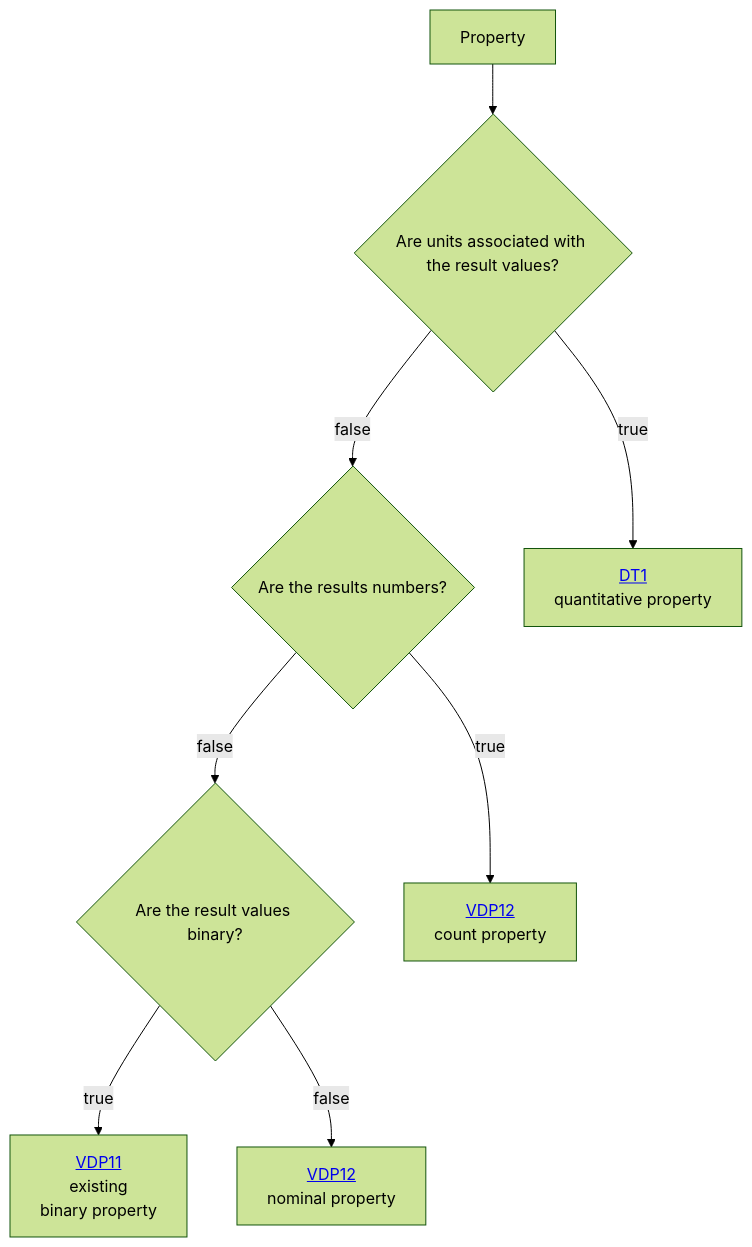
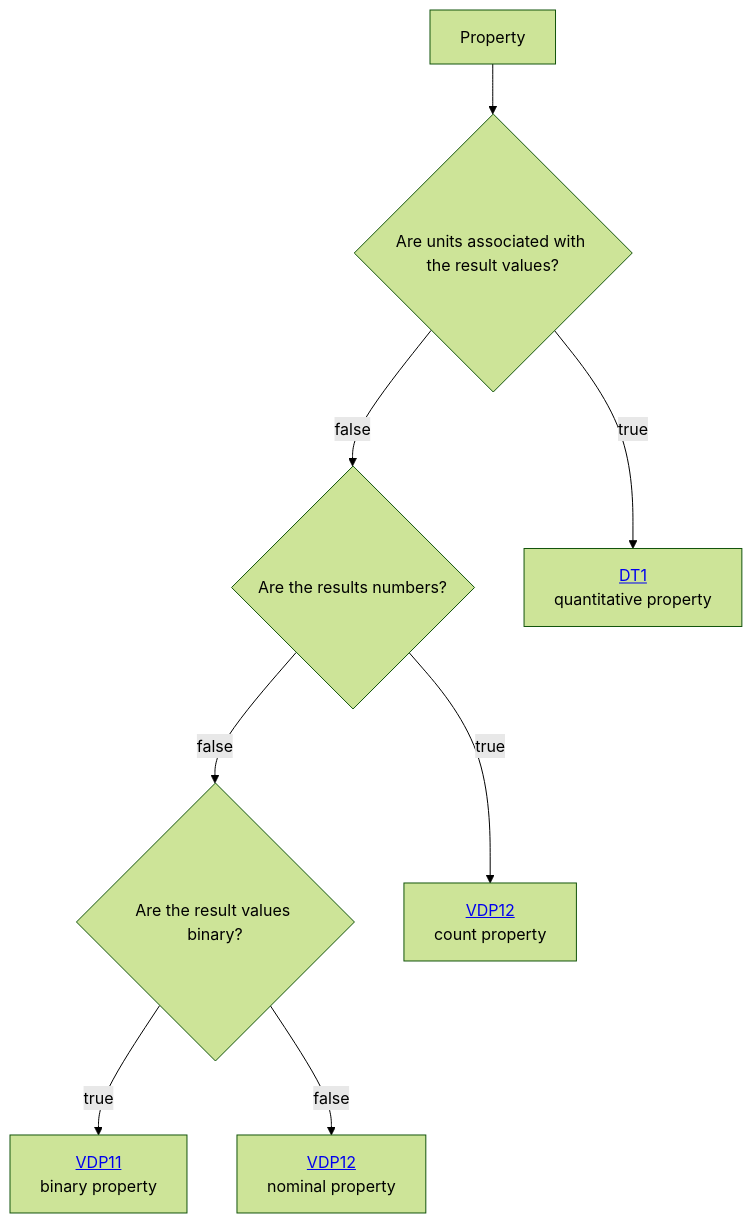
Before and after one commit to mabablue/I-ADOPT-patterns-playground: the diagram in Decisition_trees/DT0.mmd, drawn with Mermaid (forest theme).

Commit message:
Refactor link description for VDP11 in DT0.mmd

```diff
--- a/Decisition_trees/DT0.mmd
+++ b/Decisition_trees/DT0.mmd
@@ -1,8 +1,8 @@
 flowchart TD
     A[Property] --> B{Are units associated with the result values?}
     B --> |false|C{Are the results numbers?}
     B --> |true|D[<a href='https://github.com/mabablue/I-ADOPT-patterns-playground/blob/main/Decisition_trees/DT1.mmd'>DT1</a><br> quantitative property] 
     C --> |false|E{Are the result values binary?}
     C --> |true|H[<a href='https://github.com/mabablue/I-ADOPT-patterns-playground/blob/main/pattern/VDP12.yaml'>VDP12</a><br> count property] 
-    E --> |true|F[<a href='https://github.com/mabablue/I-ADOPT-patterns-playground/blob/main/pattern/VDP11.yaml'>VDP11</a><br> existing <br> binary property] 
+    E --> |true|F[<a href='https://github.com/mabablue/I-ADOPT-patterns-playground/blob/main/pattern/VDP11.yaml'>VDP11</a><br> binary property] 
     E --> |false|I[<a href='https://github.com/mabablue/I-ADOPT-patterns-playground/blob/main/pattern/VDP12.yaml'>VDP12</a><br> nominal property] 
```
